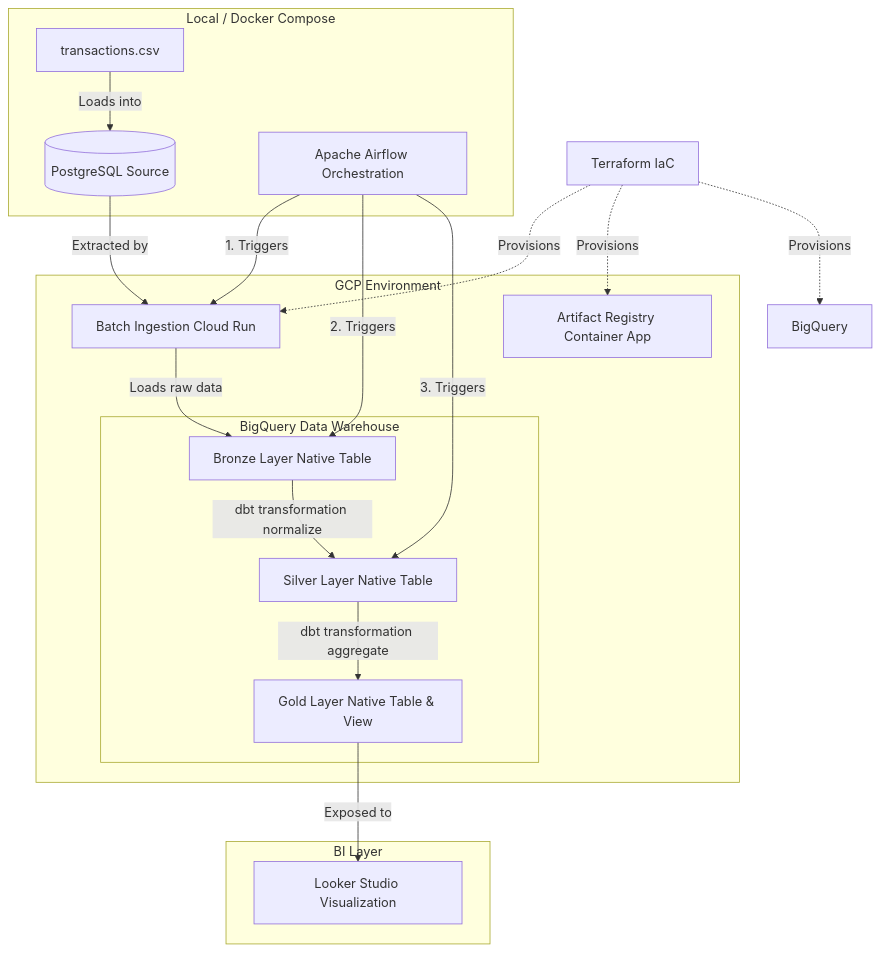
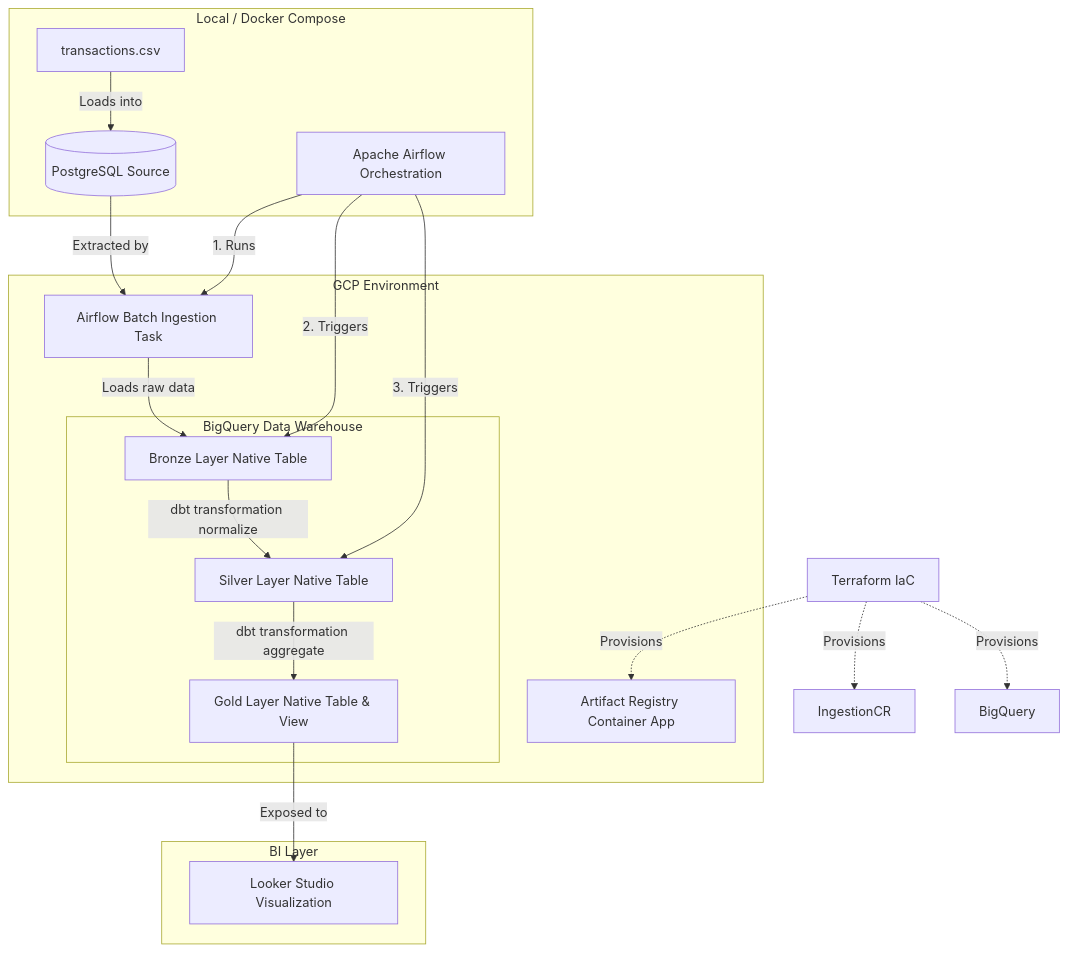
The diagram in README.md (realrme/GCP-E2E-DATA-PIPEPLINE), drawn with Mermaid before and after one commit. The commit also changed other lines of this file and 12 other files, not shown here.

Commit message:
refactor: native Airflow ingestion task + Terraform/dbt cleanup

````diff
--- a/README.md
+++ b/README.md
@@ -7,36 +7,36 @@
 ```mermaid
 graph TD
     subgraph Local / Docker Compose
         CSV[transactions.csv] -->|Loads into| DB[(PostgreSQL Source)]
         Airflow[Apache Airflow Orchestration]
     end
 
     subgraph GCP Environment
-        IngestionCR[Batch Ingestion Cloud Run]
+        LocalIngestion[Airflow Batch Ingestion Task]
         ArtifactRegistry[Artifact Registry Container App]
         
         subgraph BigQuery Data Warehouse
             Bronze[Bronze Layer Native Table]
             Silver[Silver Layer Native Table]
             Gold[Gold Layer Native Table & View]
         end
     end
 
     subgraph BI Layer
         Looker[Looker Studio Visualization]
     end
 
-    DB -->|Extracted by| IngestionCR
-    IngestionCR -->|Loads raw data| Bronze
+    DB -->|Extracted by| LocalIngestion
+    LocalIngestion -->|Loads raw data| Bronze
     Bronze -->|dbt transformation normalize| Silver
     Silver -->|dbt transformation aggregate| Gold
     Gold -->|Exposed to| Looker
 
-    Airflow -->|1. Triggers| IngestionCR
+    Airflow -->|1. Runs| LocalIngestion
     Airflow -->|2. Triggers| Bronze
     Airflow -->|3. Triggers| Silver
     
     Terraform[Terraform IaC] -.->|Provisions| IngestionCR
     Terraform -.->|Provisions| ArtifactRegistry
     Terraform -.->|Provisions| BigQuery
 ```
````
